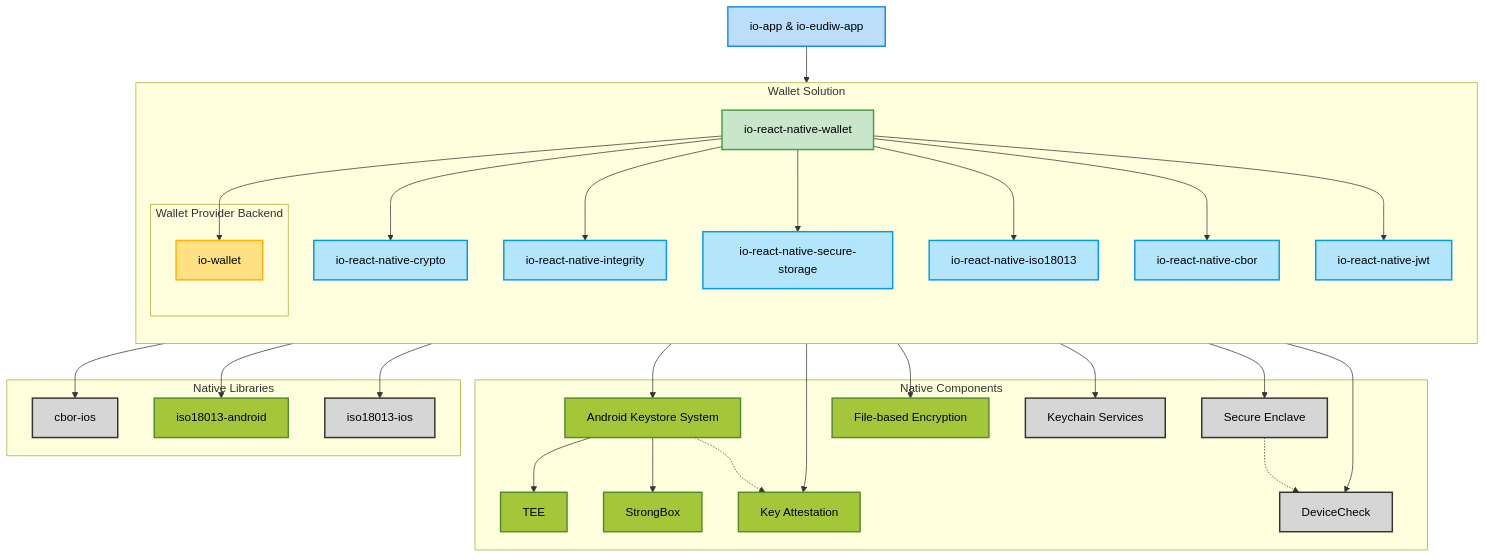
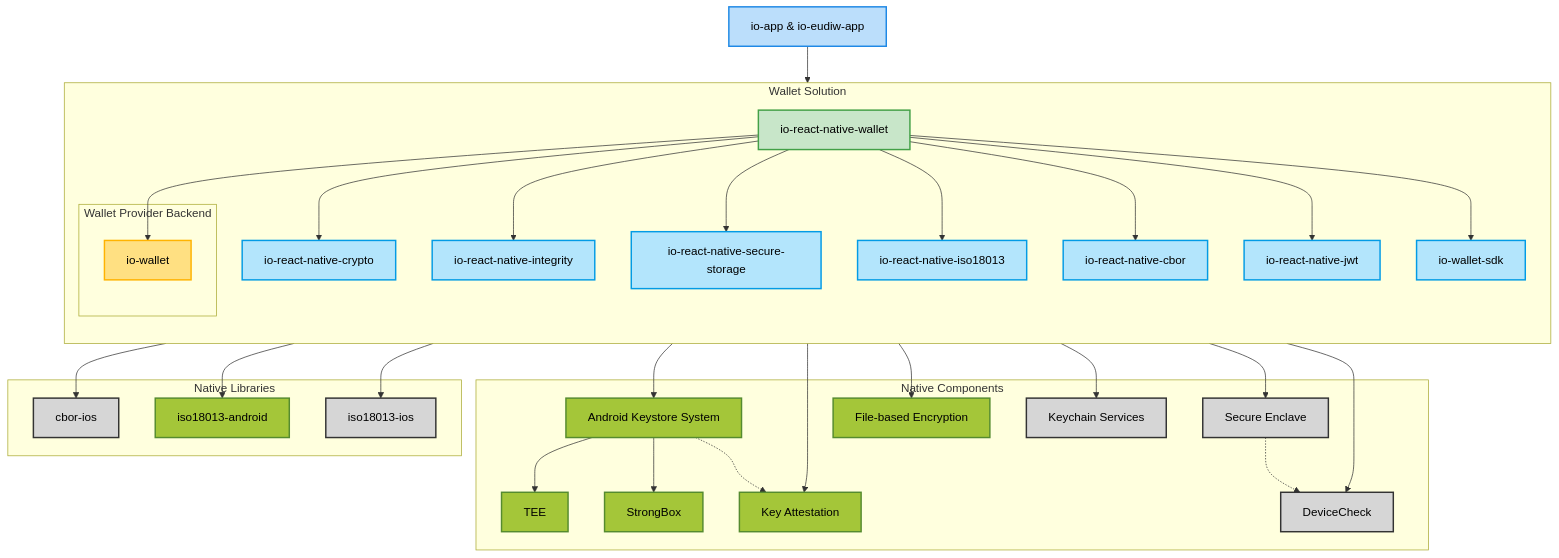
Before and after one commit to pagopa/digital-identity-wallet: the diagram in README.md, drawn with Mermaid. The commit also changed other lines of this file, not shown here.

Commit message:
Add IO Wallet SDK reference (#4)

````diff
--- a/README.md
+++ b/README.md
@@ -6,71 +6,73 @@
 ```mermaid
 flowchart TD
  subgraph Wallet_Solution["Wallet Solution"]
     direction TB
         iornw["io-react-native-wallet"]
         iornc["io-react-native-crypto"]
         iorni["io-react-native-integrity"]
         iornss["io-react-native-secure-storage"]
         iornprx["io-react-native-iso18013"]
         iorncbor["io-react-native-cbor"]
         iornjwt["io-react-native-jwt"]
+        iowsdk["io-wallet-sdk"]
 
         subgraph Wallet_Provider_Backend["Wallet Provider Backend"]
             iw["io-wallet"]
         end
 
   end
 
  subgraph Native_Components["Native Components"]
         akss["Android Keystore System"]
         se["Secure Enclave"]
         TEE["TEE"]
         StrongBox["StrongBox"]
         fbe["File-based Encryption"]
         ks["Keychain Services"]
         ka["Key Attestation"]
         dc["DeviceCheck"]
   end
  subgraph Native_Libraries["Native Libraries"]
         cborios["cbor-ios"]
         iso18013android["iso18013-android"]
         iso18013ios["iso18013-ios"]
   end
     ioa["io-app & io-eudiw-app"] --> iornw
-    iornw --> iw & iornc & iorni & iornss & iornprx & iorncbor & iornjwt
+    iornw --> iw & iornc & iorni & iornss & iornprx & iorncbor & iornjwt & iowsdk
     iornc --> akss & se
     akss --> TEE & StrongBox
     iornss --> fbe & ks
     iorni --> ka & dc
     akss -.-> ka
     se -.-> dc
     iornprx --> iso18013android & iso18013ios
     iorncbor --> cborios
      iornw:::wallet
      iornc:::data
      iorni:::data
      iornss:::data
      iornprx:::data
      iorncbor:::data
      iornjwt:::data
+     iowsdk:::data
      iw:::backend
      akss:::android
      se:::ios
      TEE:::android
      StrongBox:::android
      fbe:::android
      ks:::ios
      ka:::android
      dc:::ios
      cborios:::ios
      iso18013android:::android
      iso18013ios:::ios
      ioa:::main
 
     classDef main fill:#bbdefb,stroke:#1e88e5,stroke-width:2px,color:#000000
     classDef backend fill:#ffe082,stroke:#ffb300,stroke-width:2px,color:#000000
     classDef wallet fill:#c8e6c9,stroke:#43a047,stroke-width:2px,color:#000000
     classDef data fill:#b3e5fc,stroke:#039be5,stroke-width:2px,color:#000000
     classDef android fill:#A4C639,stroke:#558B2F,stroke-width:2px,color:#000000
     classDef ios fill:#d6d6d6,stroke:#333333,stroke-width:2px,color:#000000
 ```
````
